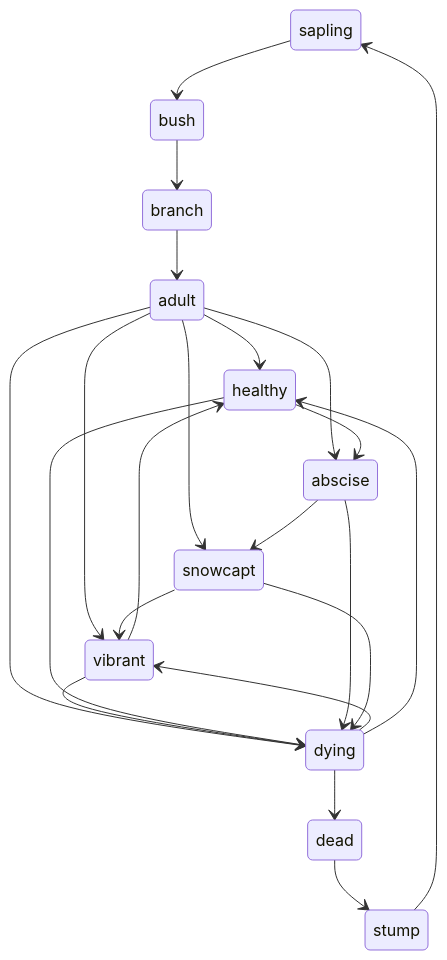
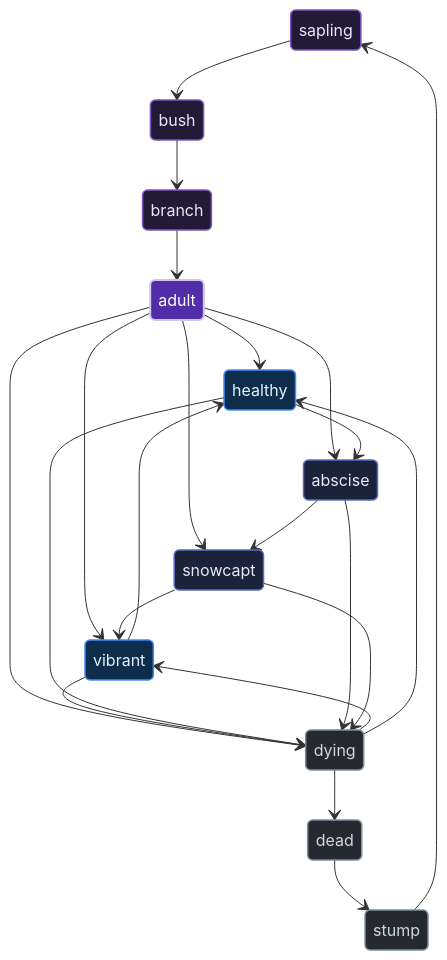
One commit to chinchalinchin/ontology changed the diagram in docs/static/mmd/executor-perennial-transitions.mmd. Above: the diagram before and after it, drawn with Mermaid. The commit also changed 6 other files, not shown here.

Commit message:
styling diagrams

```diff
--- a/docs/static/mmd/executor-perennial-transitions.mmd
+++ b/docs/static/mmd/executor-perennial-transitions.mmd
@@ -1,22 +1,34 @@
 stateDiagram-v2
+    classDef growth fill:#231a38,stroke:#7e57c2,stroke-width:1.5px,color:#ede7f6
+    classDef focal fill:#512da8,stroke:#d1c4e9,stroke-width:2px,color:#ffffff
+    classDef active fill:#0d2d4a,stroke:#448aff,stroke-width:1.5px,color:#e3f2fd
+    classDef dormant fill:#1a233a,stroke:#5c6bc0,stroke-width:1.5px,color:#e8eaf6
+    classDef decay fill:#262930,stroke:#78909c,stroke-width:1.5px,color:#cfd8dc
+
     sapling --> bush
     bush --> branch
     branch --> adult
     adult --> healthy
     adult --> vibrant
     adult --> abscise
     adult --> snowcapt
     adult --> dying
     vibrant --> healthy
     vibrant --> dying
     healthy --> abscise
     healthy --> dying
     abscise --> snowcapt
     abscise --> dying
     snowcapt --> vibrant
     snowcapt --> dying
     dying --> vibrant
     dying --> healthy
     dying --> dead
     dead --> stump
     stump --> sapling
+
+    class sapling,bush,branch growth
+    class adult focal
+    class healthy,vibrant active
+    class abscise,snowcapt dormant
+    class dying,dead,stump decay
```
